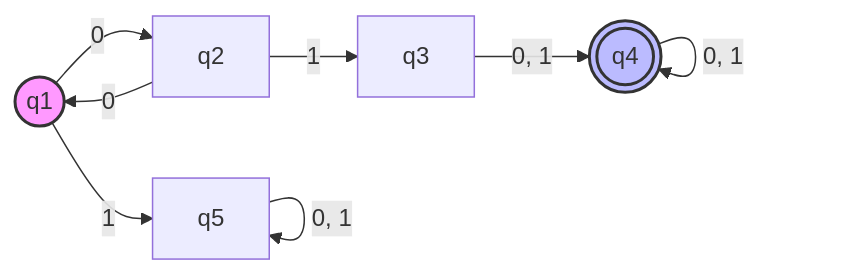
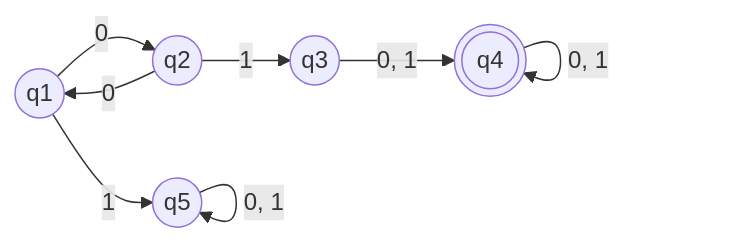
Before and after one commit to AmarieCarina/LFA: the diagram in DFA/README.md, drawn with Mermaid.

````diff
--- a/DFA/README.md
+++ b/DFA/README.md
@@ -1,18 +1,20 @@
 ```mermaid
 graph LR
     q1((q1))
     q4(((q4)))
+    q2((q2))
+    q3((q3))
+    q5((q5))
+    
     
     q1 -->|0| q2
     q1 -->|1| q5
     q2 -->|0| q1
     q2 -->|1| q3
     
     q3 -->|0, 1| q4
     
     q4 -->|0, 1| q4
     q5 -->|0, 1| q5
 
-    style q1 fill:#f9f,stroke:#333,stroke-width:2px
-    style q4 fill:#bbf,stroke:#333,stroke-width:2px
 ```
````
